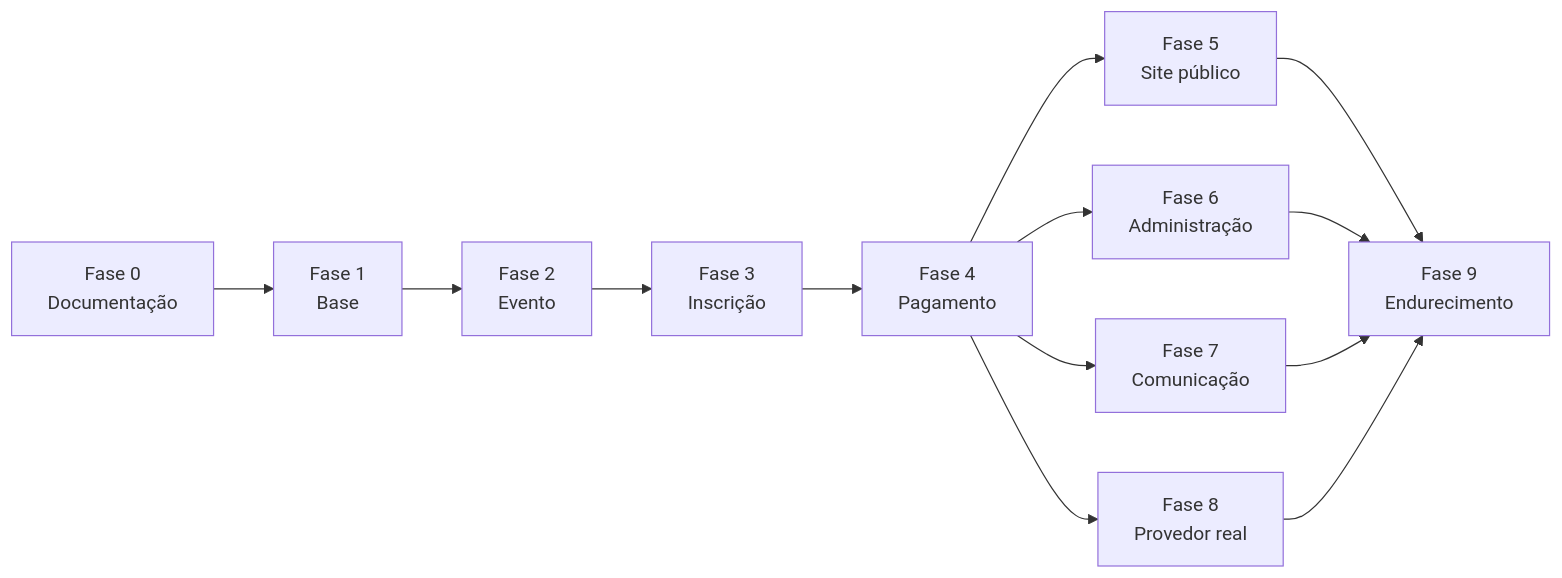
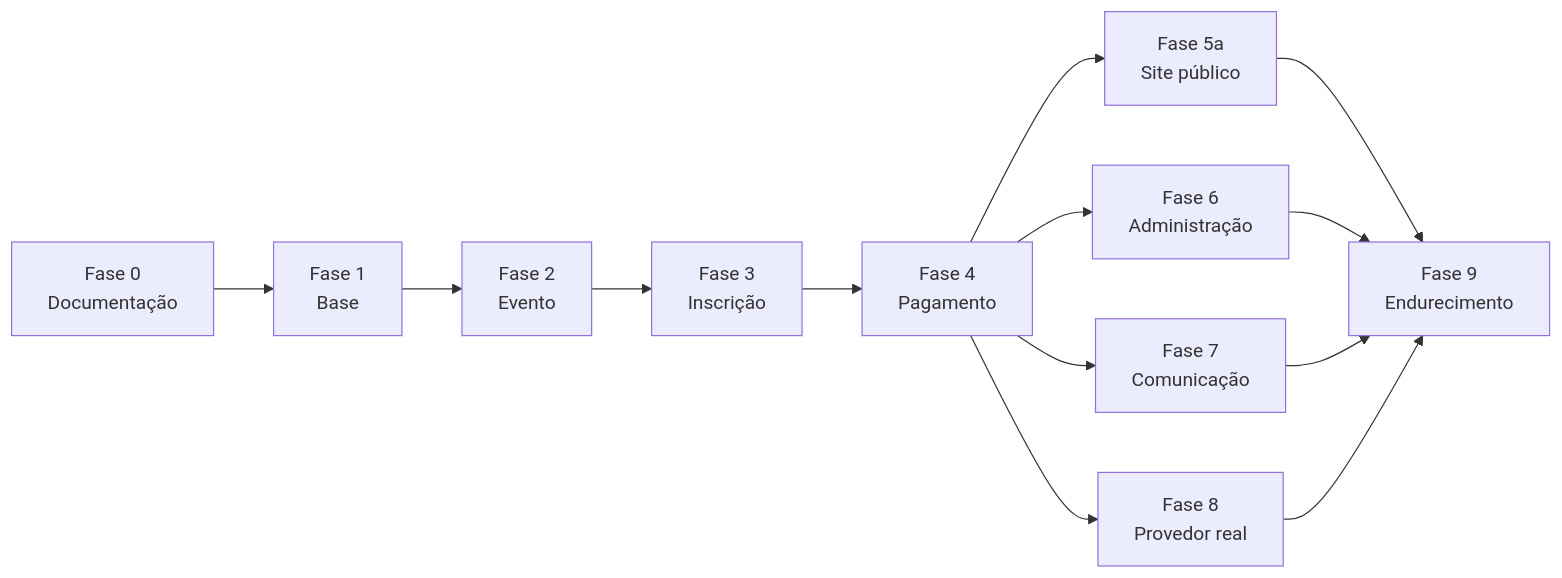
One commit to walberjefferson/gerenciador_eventos_ccc changed the diagram in docs/IMPLEMENTATION_PLAN.md. Above: the diagram before and after it, drawn with Mermaid. The commit also changed other lines of this file and 1 other file, not shown here.

Commit message:
docs(publico): record fase 5a completion

````diff
--- a/docs/IMPLEMENTATION_PLAN.md
+++ b/docs/IMPLEMENTATION_PLAN.md
@@ -213,15 +231,15 @@
 ```mermaid
 flowchart LR
     F0[Fase 0<br/>Documentação] --> F1[Fase 1<br/>Base]
     F1 --> F2[Fase 2<br/>Evento]
     F2 --> F3[Fase 3<br/>Inscrição]
     F3 --> F4[Fase 4<br/>Pagamento]
-    F4 --> F5[Fase 5<br/>Site público]
+    F4 --> F5[Fase 5a<br/>Site público]
     F4 --> F6[Fase 6<br/>Administração]
     F4 --> F7[Fase 7<br/>Comunicação]
     F4 --> F8[Fase 8<br/>Provedor real]
     F5 --> F9[Fase 9<br/>Endurecimento]
     F6 --> F9
     F7 --> F9
     F8 --> F9
 ```
````
